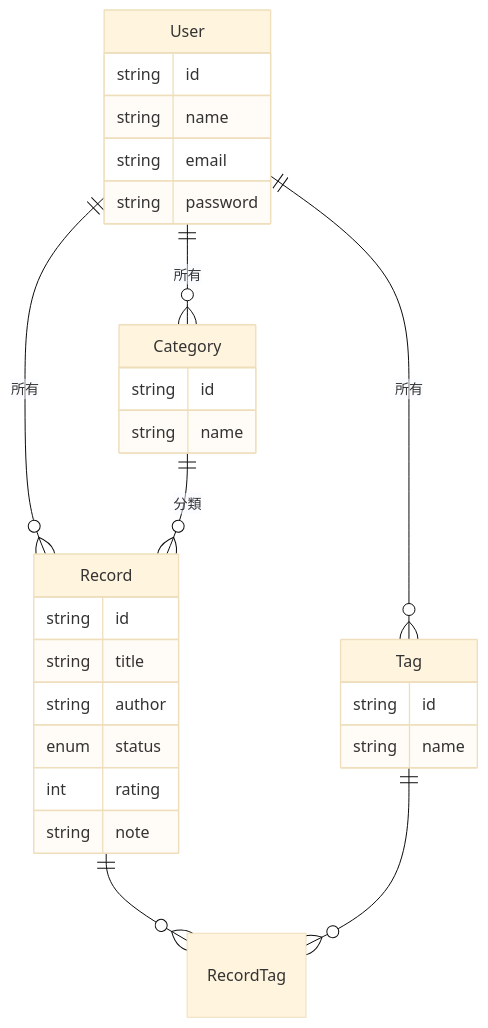
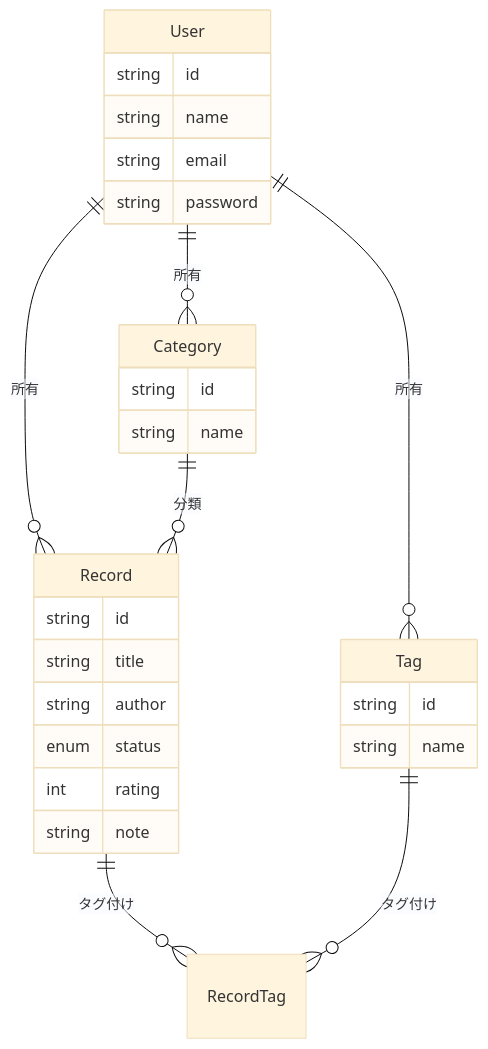
Before and after one commit to links-online-support/reading-log: the second of 3 diagrams in README.md, drawn with Mermaid (base theme). The commit also changed other lines of this file and 3 other files, not shown here.

````diff
--- a/README.md
+++ b/README.md
@@ -140,32 +138,32 @@
 ```mermaid
 erDiagram
   User ||--o{ Record : "所有"
   User ||--o{ Category : "所有"
   User ||--o{ Tag : "所有"
   Category ||--o{ Record : "分類"
-  Record ||--o{ RecordTag : ""
-  Tag ||--o{ RecordTag : ""
+  Record ||--o{ RecordTag : "タグ付け"
+  Tag ||--o{ RecordTag : "タグ付け"
 
   User {
     string id
     string name
     string email
     string password
   }
   Record {
     string id
     string title
     string author
     enum status
     int rating
     string note
   }
   Category {
     string id
     string name
   }
   Tag {
     string id
     string name
   }
 ```
````
